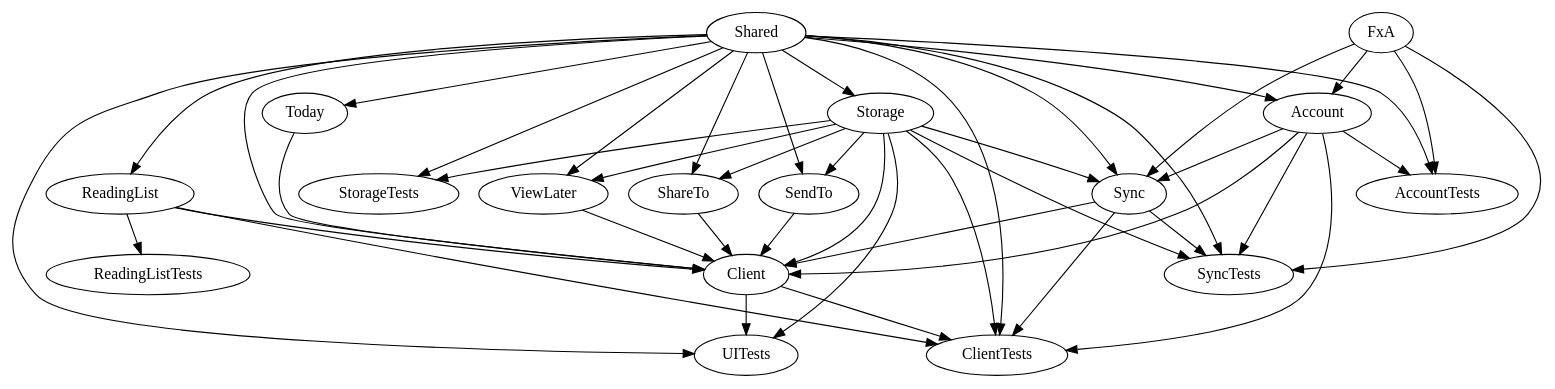
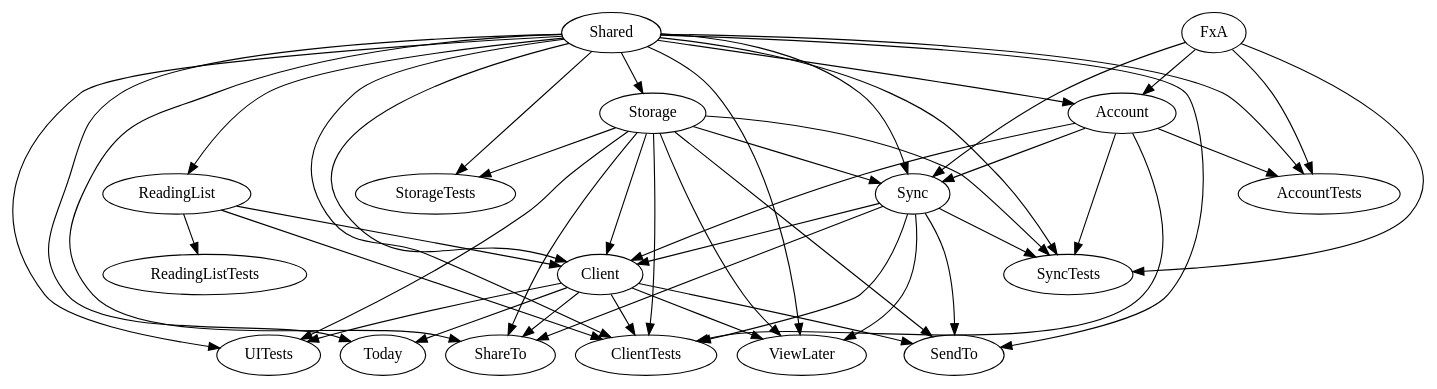
One commit to isabelrios/firefox-ios changed the diagram in focus-ios/Docs/Dependency Graphs/dot-files/digraph-fxios.dot. Above: the diagram before and after it, drawn with Graphviz. The commit also changed 2021 other files, not shown here.

```diff
--- a/focus-ios/Docs/Dependency Graphs/dot-files/digraph-fxios.dot
+++ b/focus-ios/Docs/Dependency Graphs/dot-files/digraph-fxios.dot
@@ -1,46 +1,49 @@
 digraph FxiOS {
   "Shared" -> "Storage"
   "Shared" -> "StorageTests"
   "Shared" -> "Client"
   "Shared" -> "ClientTests"
   "Shared" -> "ViewLater"
   "Shared" -> "ReadingList"
   "Shared" -> "SendTo"
   "Shared" -> "ShareTo"
   "Shared" -> "Account"
   "Shared" -> "AccountTests"
   "Shared" -> "Sync"
   "Shared" -> "SyncTests"
   "Shared" -> "UITests"
   "Shared" -> "Today"
   "FxA" -> "Account"
   "FxA" -> "AccountTests"
   "FxA" -> "Sync"
   "FxA" -> "SyncTests"
   "Storage" -> "StorageTests"
   "Storage" -> "Client"
   "Storage" -> "ClientTests"
   "Storage" -> "ViewLater"
   "Storage" -> "SendTo"
   "Storage" -> "UITests"
   "Storage" -> "SyncTests"
   "Storage" -> "Sync"
   "Storage" -> "ShareTo"
   "Sync" -> "SyncTests"
   "Sync" -> "Client"
   "Sync" -> "ClientTests"
+  "Sync" -> "ShareTo"
+  "Sync" -> "SendTo"
+  "Sync" -> "ViewLater"
   "ReadingList" -> "ReadingListTests"
   "ReadingList" -> "Client"
   "ReadingList" -> "ClientTests"
   "Account" -> "AccountTests"
   "Account" -> "Sync"
   "Account" -> "SyncTests"
   "Account" -> "Client"
   "Account" -> "ClientTests"
   "Client" -> "ClientTests"
   "Client" -> "UITests"
-  "ViewLater" -> "Client"
-  "Today" -> "Client"
-  "ShareTo" -> "Client"
-  "SendTo" -> "Client"
+  "Client" -> "ShareTo"
+  "Client" -> "SendTo"
+  "Client" -> "ViewLater"
+  "Client" -> "Today"
 }
```
